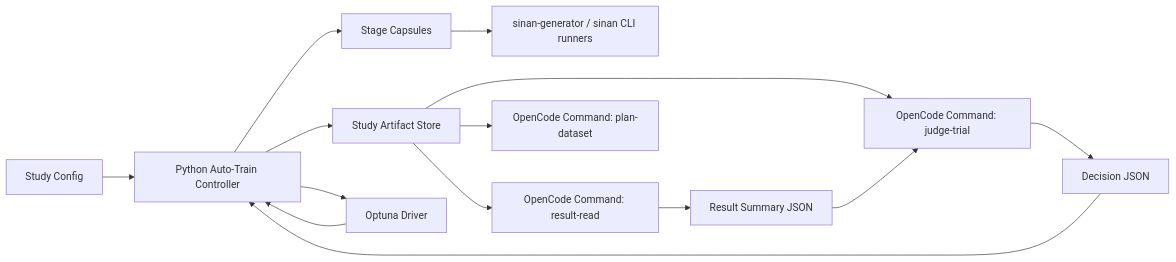
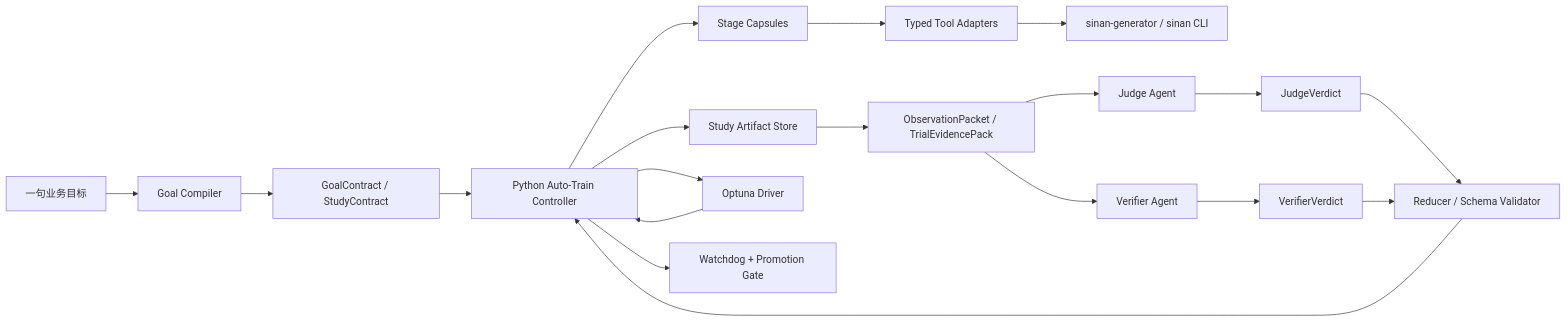
Before and after one commit to uroborus2s/sinan-captcha: the diagram in docs/04-project-development/04-design/autonomous-training-and-opencode-design.md, drawn with Mermaid. The commit also changed other lines of this file and 12 other files, not shown here.

Commit message:
fix(auto-train): 修复 OpenCode attach 偶发空 stdout 问题并升级 harness-first 设计口径

````diff
--- a/docs/04-project-development/04-design/autonomous-training-and-opencode-design.md
+++ b/docs/04-project-development/04-design/autonomous-training-and-opencode-design.md
@@ -60,16 +83,21 @@
 ```mermaid
 flowchart LR
-    A["Study Config"] --> B["Python Auto-Train Controller"]
-    B --> C["Stage Capsules"]
-    C --> D["sinan-generator / sinan CLI runners"]
-    B --> E["Study Artifact Store"]
-    E --> F["OpenCode Command: result-read"]
-    E --> G["OpenCode Command: judge-trial"]
-    E --> H["OpenCode Command: plan-dataset"]
-    F --> I["Result Summary JSON"]
-    I --> G
-    G --> J["Decision JSON"]
-    J --> B
-    B --> K["Optuna Driver"]
-    K --> B
+    A["一句业务目标"] --> B["Goal Compiler"]
+    B --> C["GoalContract / StudyContract"]
+    C --> D["Python Auto-Train Controller"]
+    D --> E["Stage Capsules"]
+    E --> F["Typed Tool Adapters"]
+    F --> G["sinan-generator / sinan CLI"]
+    D --> H["Study Artifact Store"]
+    H --> I["ObservationPacket / TrialEvidencePack"]
+    I --> J["Judge Agent"]
+    I --> K["Verifier Agent"]
+    J --> L["JudgeVerdict"]
+    K --> M["VerifierVerdict"]
+    L --> N["Reducer / Schema Validator"]
+    M --> N
+    N --> D
+    D --> O["Optuna Driver"]
+    O --> D
+    D --> P["Watchdog + Promotion Gate"]
 ```
````
